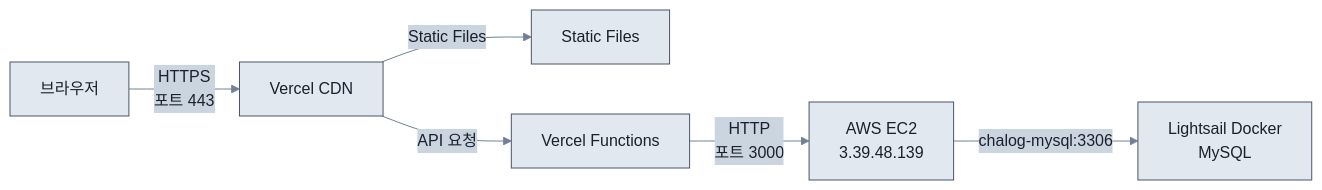
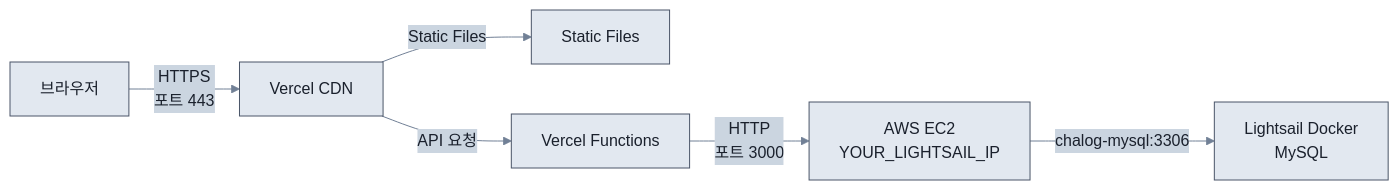
Diagram 11 of 11 in docs/architecture/SERVER_ARCHITECTURE.md (FLYLIKEB/ChaLog), drawn with Mermaid before and after one commit. The commit also changed other lines of this file and 46 other files, not shown here.

````diff
--- a/docs/architecture/SERVER_ARCHITECTURE.md
+++ b/docs/architecture/SERVER_ARCHITECTURE.md
@@ -424,10 +424,10 @@
 ```mermaid
 %%{init: {'theme':'base', 'themeVariables': { 'primaryColor':'#e2e8f0', 'primaryTextColor':'#1a202c', 'primaryBorderColor':'#4a5568', 'lineColor':'#718096', 'secondaryColor':'#cbd5e0', 'tertiaryColor':'#f7fafc'}}}%%
 flowchart LR
     Browser["브라우저"] -->|HTTPS<br/>포트 443| VercelCDN["Vercel CDN"]
     VercelCDN -->|Static Files| Static["Static Files"]
     VercelCDN -->|API 요청| Functions["Vercel Functions"]
-    Functions -->|HTTP<br/>포트 3000| EC2["AWS EC2<br/>3.39.48.139"]
+    Functions -->|HTTP<br/>포트 3000| EC2["AWS EC2<br/>YOUR_LIGHTSAIL_IP"]
     EC2 -->|chalog-mysql:3306| MySQL["Lightsail Docker<br/>MySQL"]
 
 ```
````
